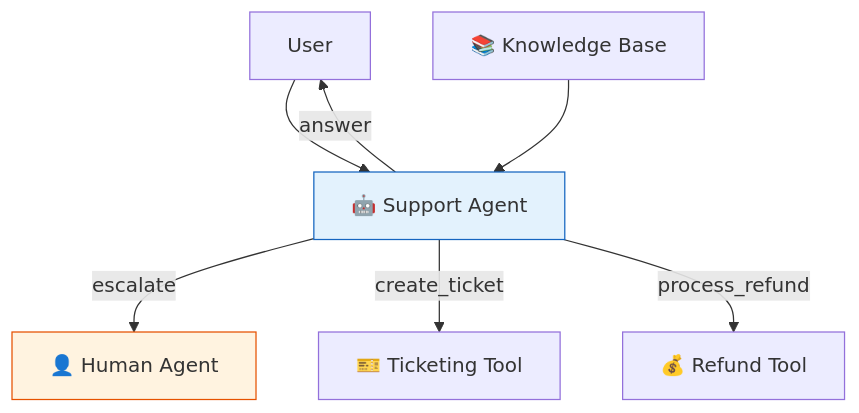
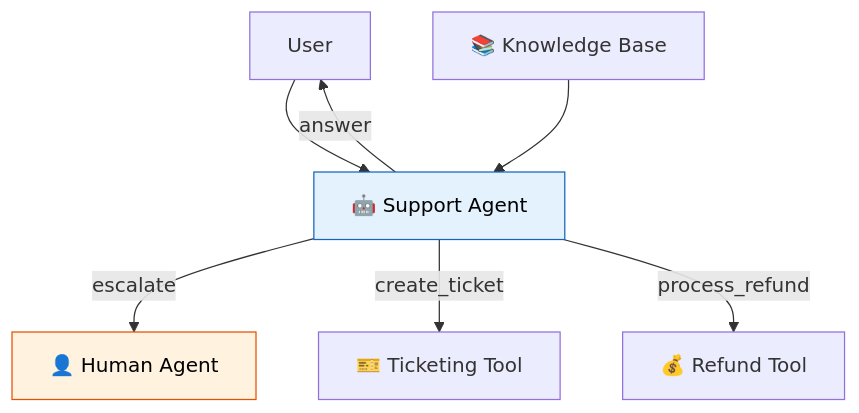
Before and after one commit to remolaan/Agentic-AI-Cookbook: the diagram in 47_customer_support_bot_project/README.md, drawn with Mermaid. The commit also changed 45 other files, not shown here.

Commit message:
Fix Mermaid diagram text colors for readability across all READMEs

````diff
--- a/47_customer_support_bot_project/README.md
+++ b/47_customer_support_bot_project/README.md
@@ -5,11 +5,11 @@
 ```mermaid
 flowchart TD
     U["User"] --> A["🤖 Support Agent"]
     KB["📚 Knowledge Base"] --> A
     A -->|"answer"| U
     A -->|"escalate"| H["👤 Human Agent"]
     A -->|"create_ticket"| T["🎫 Ticketing Tool"]
     A -->|"process_refund"| R["💰 Refund Tool"]
-    style A fill:#e3f2fd,stroke:#1565c0
-    style H fill:#fff3e0,stroke:#e65100
+    style A fill:#e3f2fd,stroke:#1565c0,color:#000000
+    style H fill:#fff3e0,stroke:#e65100,color:#000000
 ```
````
